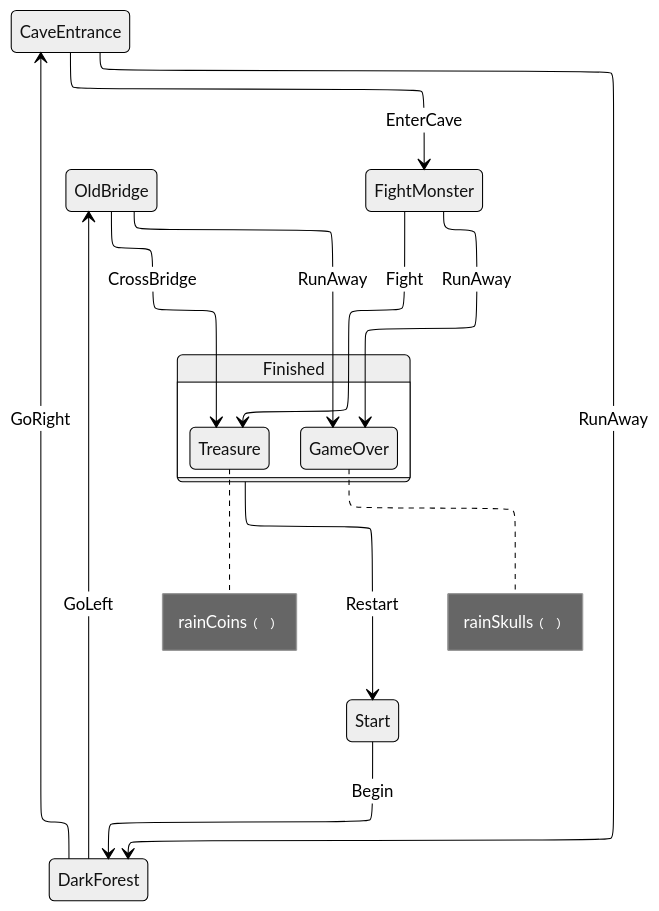
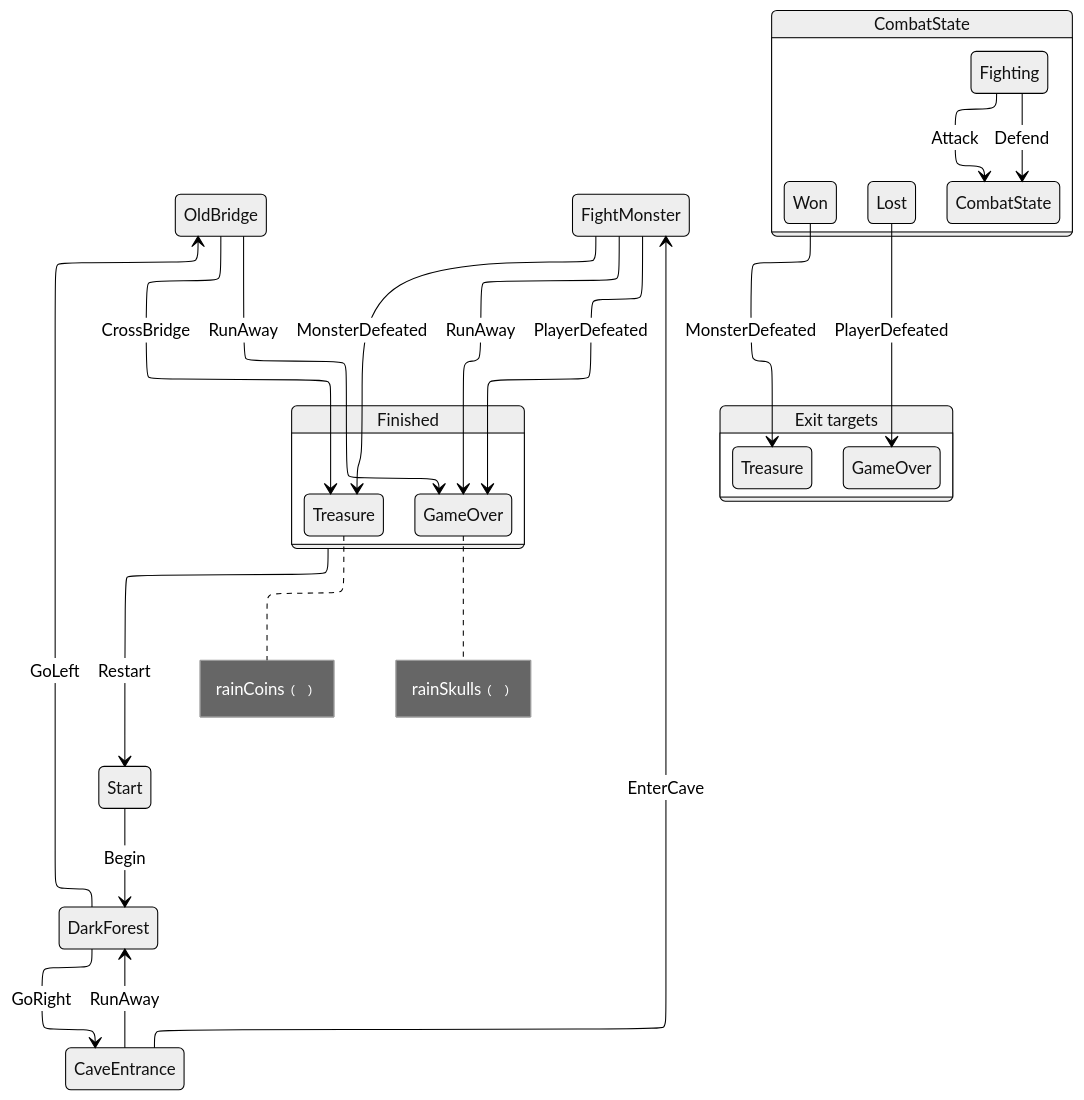
The diagram in sample/ksmGraphs/stateMachine_AdventureState.mmd (AdamWardVGP/KSM), drawn with Mermaid (neutral theme) before and after one commit. The commit also changed 7 other files, not shown here.

First line of the commit message:
Add composite-state sample: turn-based combat mini-game

```diff
--- a/sample/ksmGraphs/stateMachine_AdventureState.mmd
+++ b/sample/ksmGraphs/stateMachine_AdventureState.mmd
@@ -1,30 +1,46 @@
 ---
 config:
   layout: elk
 ---
 stateDiagram-v2
     Start
     DarkForest
     OldBridge
     CaveEntrance
     FightMonster
     state Finished {
         GameOver
         Treasure
     }
     Start --> DarkForest: Begin
     DarkForest --> OldBridge: GoLeft
     DarkForest --> CaveEntrance: GoRight
     OldBridge --> Treasure: CrossBridge
     OldBridge --> GameOver: RunAway
     CaveEntrance --> FightMonster: EnterCave
     CaveEntrance --> DarkForest: RunAway
-    FightMonster --> Treasure: Fight
     FightMonster --> GameOver: RunAway
+    FightMonster --> Treasure: MonsterDefeated
+    FightMonster --> GameOver: PlayerDefeated
     Finished --> Start: Restart
     note right of Treasure
         rainCoins﹙﹚
     end note
     note right of GameOver
         rainSkulls﹙﹚
     end note
+
+    state "CombatState" as child_box_dev_2e_adamwardvgp_2e_sample_2e_adventure_2e_AdventureState_2e_FightMonster {
+        state "Fighting" as child_Fighting
+        state "Won" as child_Won
+        state "Lost" as child_Lost
+        state "CombatState" as child_CombatState
+        child_Fighting --> child_CombatState: Attack
+        child_Fighting --> child_CombatState: Defend
+    }
+    state "Exit targets" as exit_box_dev_2e_adamwardvgp_2e_sample_2e_adventure_2e_AdventureState_2e_FightMonster {
+        state "Treasure" as exit_dev_2e_adamwardvgp_2e_sample_2e_adventure_2e_AdventureState_2e_Treasure
+        state "GameOver" as exit_dev_2e_adamwardvgp_2e_sample_2e_adventure_2e_AdventureState_2e_GameOver
+    }
+    child_Won --> exit_dev_2e_adamwardvgp_2e_sample_2e_adventure_2e_AdventureState_2e_Treasure: MonsterDefeated
+    child_Lost --> exit_dev_2e_adamwardvgp_2e_sample_2e_adventure_2e_AdventureState_2e_GameOver: PlayerDefeated
```
